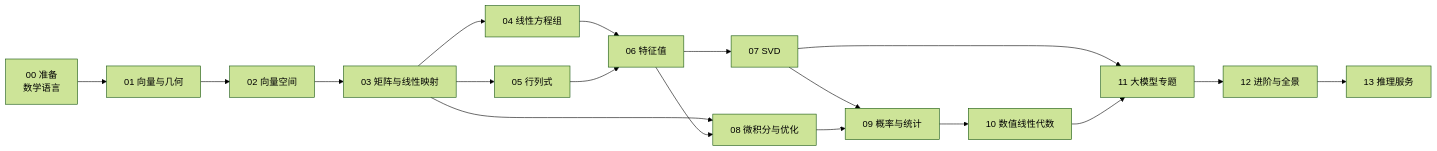
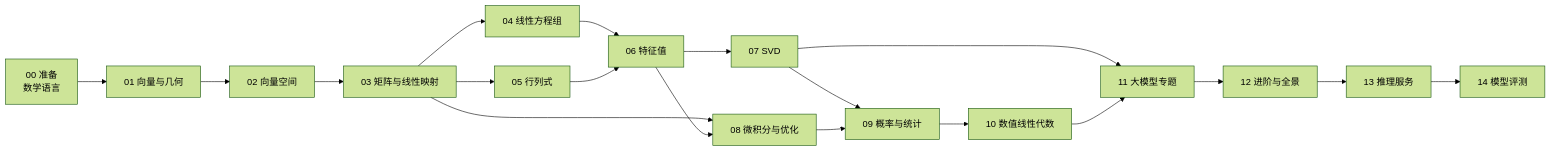
The diagram in README.md (kingfs/Linear-Algebra-to-LLM), drawn with Mermaid (forest theme) before and after one commit. The commit also changed other lines of this file and 17 other files, not shown here.

````diff
--- a/README.md
+++ b/README.md
@@ -75,20 +75,21 @@
 ```mermaid
 flowchart LR
     M00[00 准备<br/>数学语言] --> M01[01 向量与几何]
     M01 --> M02[02 向量空间]
     M02 --> M03[03 矩阵与线性映射]
     M03 --> M04[04 线性方程组]
     M03 --> M05[05 行列式]
     M04 --> M06[06 特征值]
     M05 --> M06
     M06 --> M07[07 SVD]
     M03 --> M08[08 微积分与优化]
     M06 --> M08
     M07 --> M09[09 概率与统计]
     M08 --> M09
     M09 --> M10[10 数值线性代数]
     M07 --> M11[11 大模型专题]
     M10 --> M11
     M11 --> M12[12 进阶与全景]
     M12 --> M13[13 推理服务]
+    M13 --> M14[14 模型评测]
 ```
````
